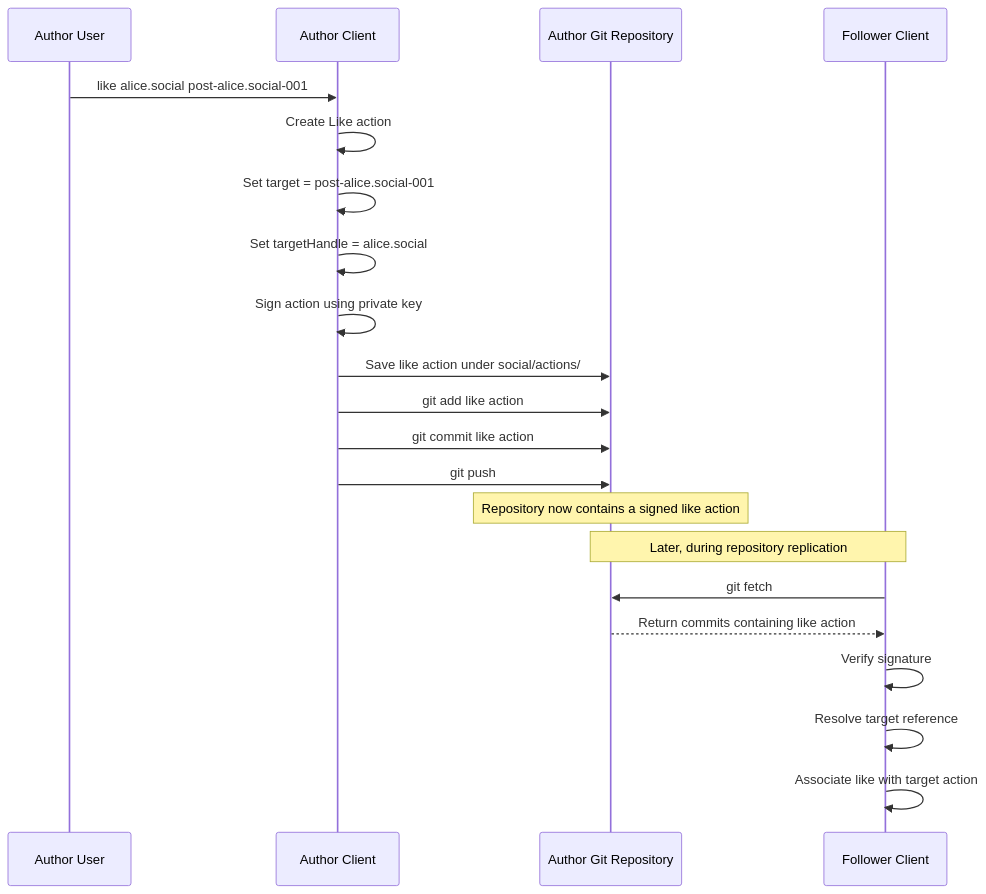
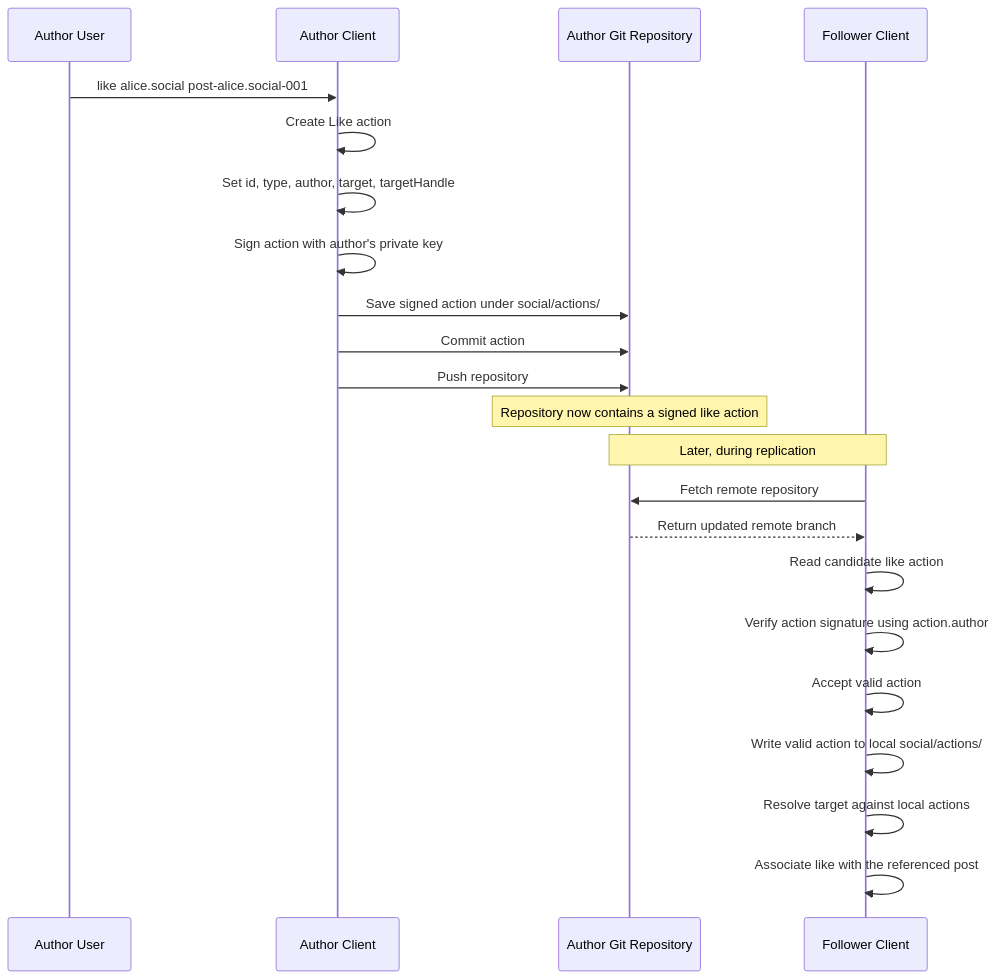
Before and after one commit to gargster/ELEC4712_Decentralised_Blog: the second of 6 diagrams in latest_design.md, drawn with Mermaid. The commit also changed other lines of this file and 2 other files, not shown here.

Commit message:
updated diagrams

````diff
--- a/latest_design.md
+++ b/latest_design.md
@@ -32,30 +36,31 @@
 ```mermaid
 sequenceDiagram
     participant Author as Author User
     participant Client as Author Client
     participant Repo as Author Git Repository
     participant Follower as Follower Client
 
     Author->>Client: like alice.social post-alice.social-001
 
     Client->>Client: Create Like action
-    Client->>Client: Set target = post-alice.social-001
-    Client->>Client: Set targetHandle = alice.social
-    Client->>Client: Sign action using private key
+    Client->>Client: Set id, type, author, target, targetHandle
+    Client->>Client: Sign action with author's private key
 
-    Client->>Repo: Save like action under social/actions/
-    Client->>Repo: git add like action
-    Client->>Repo: git commit like action
-    Client->>Repo: git push
+    Client->>Repo: Save signed action under social/actions/
+    Client->>Repo: Commit action
+    Client->>Repo: Push repository
 
     Note over Repo: Repository now contains a signed like action
+    Note over Repo,Follower: Later, during replication
 
-    Note over Repo,Follower: Later, during repository replication
+    Follower->>Repo: Fetch remote repository
+    Repo-->>Follower: Return updated remote branch
 
-    Follower->>Repo: git fetch
-    Repo-->>Follower: Return commits containing like action
+    Follower->>Follower: Read candidate like action
+    Follower->>Follower: Verify action signature using action.author
+    Follower->>Follower: Accept valid action
+    Follower->>Follower: Write valid action to local social/actions/
 
-    Follower->>Follower: Verify signature
-    Follower->>Follower: Resolve target reference
-    Follower->>Follower: Associate like with target action
+    Follower->>Follower: Resolve target against local actions
+    Follower->>Follower: Associate like with the referenced post
 ```
````
